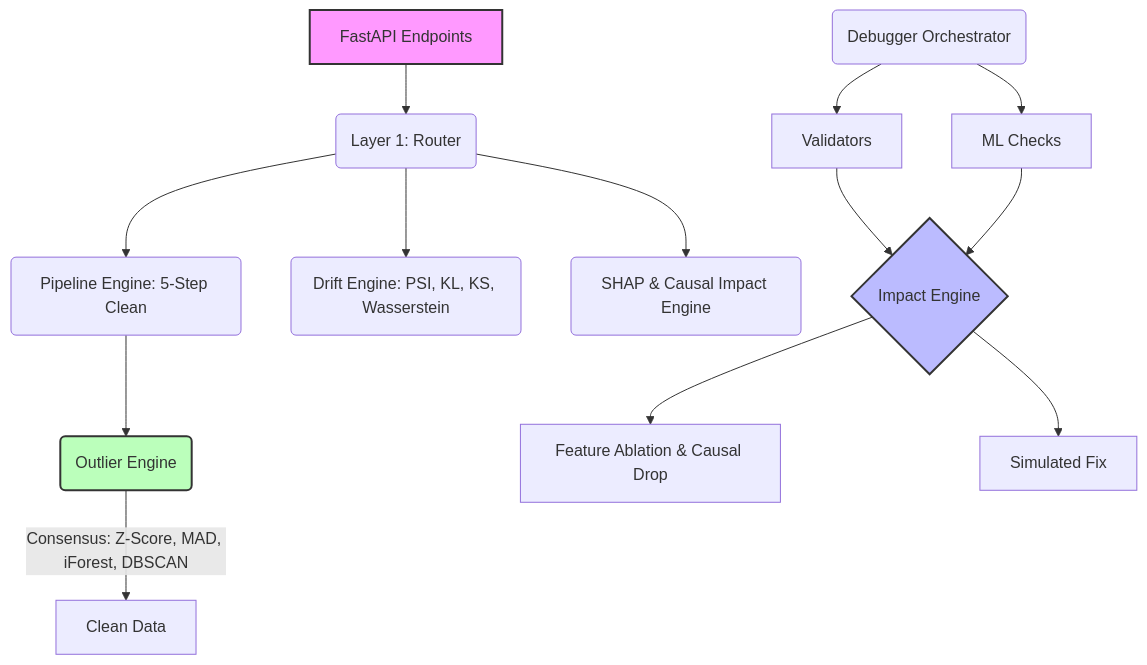
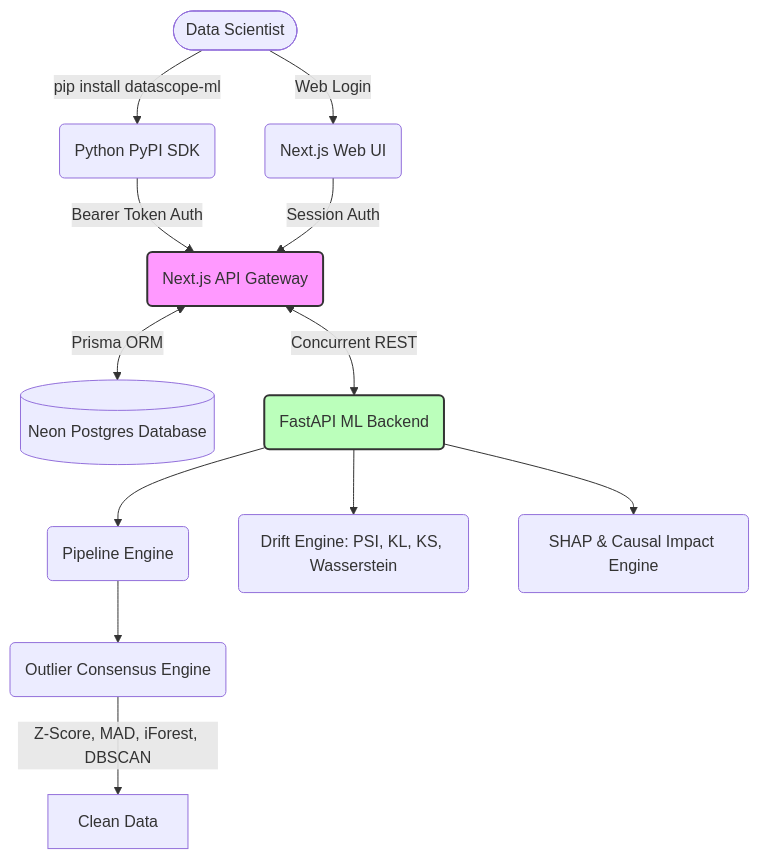
Before and after one commit to kankaniakshat185/datascope-hf-backend: the diagram in README.md, drawn with Mermaid. The commit also changed other lines of this file, not shown here.

Commit message:
docs: comprehensive update including PyPI SDK, architecture, and security policies

````diff
--- a/README.md
+++ b/README.md
@@ -39,24 +63,21 @@
 ```mermaid
 graph TD
-    A[FastAPI Endpoints] --> B(Layer 1: Router)
+    User([Data Scientist]) -->|pip install datascope-ml| SDK(Python PyPI SDK)
+    User -->|Web Login| Dashboard(Next.js Web UI)
     
-    B --> C(Pipeline Engine: 5-Step Clean)
-    B --> D(Drift Engine: PSI, KL, KS, Wasserstein)
-    B --> E(SHAP & Causal Impact Engine)
+    SDK -->|Bearer Token Auth| API(Next.js API Gateway)
+    Dashboard -->|Session Auth| API
     
-    C --> F(Outlier Engine)
-    F -->|Consensus: Z-Score, MAD, iForest, DBSCAN| G[Clean Data]
+    API <-->|Prisma ORM| DB[(Neon Postgres Database)]
+    API <-->|Concurrent REST| Fast(FastAPI ML Backend)
     
-    H(Debugger Orchestrator) --> I[Validators]
-    H --> J[ML Checks]
+    Fast --> C(Pipeline Engine)
+    Fast --> D(Drift Engine: PSI, KL, KS, Wasserstein)
+    Fast --> E(SHAP & Causal Impact Engine)
     
-    I --> K{Impact Engine}
-    J --> K
+    C --> F(Outlier Consensus Engine)
+    F -->|Z-Score, MAD, iForest, DBSCAN| G[Clean Data]
     
-    K --> L[Feature Ablation & Causal Drop]
-    K --> M[Simulated Fix]
-    
-    style A fill:#f9f,stroke:#333,stroke-width:2px
-    style F fill:#bfb,stroke:#333,stroke-width:2px
-    style K fill:#bbf,stroke:#333,stroke-width:2px
+    style API fill:#f9f,stroke:#333,stroke-width:2px
+    style Fast fill:#bfb,stroke:#333,stroke-width:2px
 ```
````
